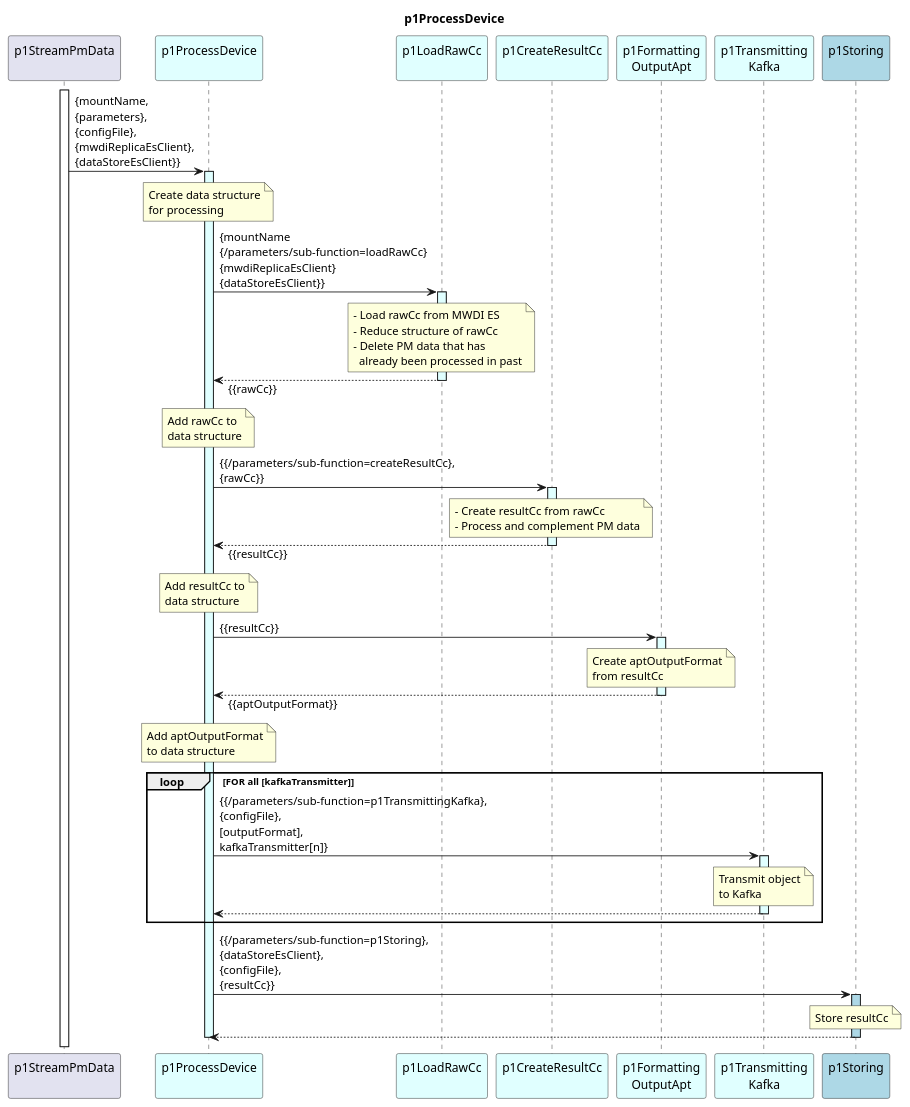
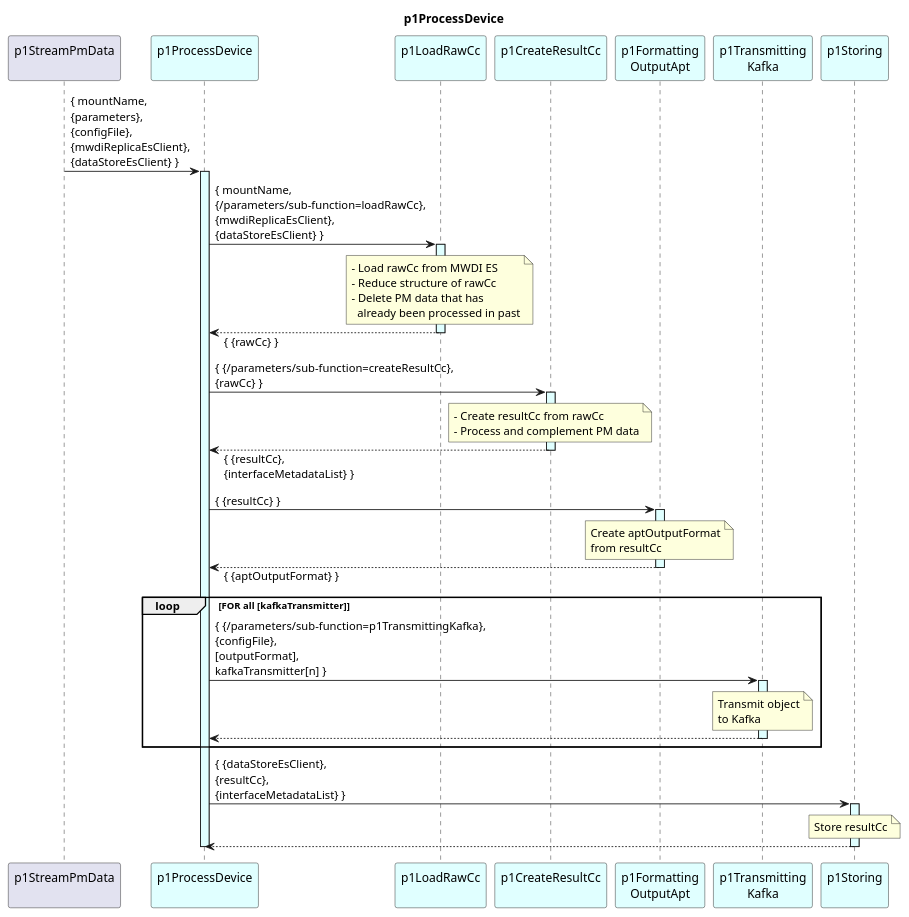
The diagram in spec/Functions/p1StreamPmData/p1ProcessDevice/1.0.0/p1ProcessDevice.plantuml (openBackhaul/DevicePerformanceManagementDataProcessor), drawn with PlantUML before and after one commit. The commit also changed 31 other files, not shown here.

Commit message:
define p1Storing, incl interfaceMetadataList

```diff
--- a/spec/Functions/p1StreamPmData/p1ProcessDevice/1.0.0/p1ProcessDevice.plantuml
+++ b/spec/Functions/p1StreamPmData/p1ProcessDevice/1.0.0/p1ProcessDevice.plantuml
@@ -1,104 +1,82 @@
 @startuml p1ProcessDevice
 skinparam responseMessageBelowArrow true
 
 title
   p1ProcessDevice
 end title
 
 participant "p1StreamPmData\n" as requestor
 participant "p1ProcessDevice\n" as p1ProOrch #LightCyan
 participant "p1LoadRawCc\n" as p1AddRaw #LightCyan
 participant "p1CreateResultCc\n" as p1CRC #LightCyan
 participant "p1Formatting\nOutputApt" as p1Output #LightCyan
 participant "p1Transmitting\nKafka" as p1Trans #LightCyan
-participant "p1Storing\n" as p1Store #LightBlue
+participant "p1Storing\n" as p1Store #LightCyan
 
 
-activate requestor
-
-requestor -> p1ProOrch : {mountName,\n{parameters},\n{configFile},\n{mwdiReplicaEsClient},\n{dataStoreEsClient}}
+requestor -> p1ProOrch : { mountName,\n{parameters},\n{configFile},\n{mwdiReplicaEsClient},\n{dataStoreEsClient} }
 activate p1ProOrch #LightCyan
 
-  note over p1ProOrch
-    Create data structure
-    for processing
-  end note
-
-  p1ProOrch -> p1AddRaw : {mountName\n{/parameters/sub-function=loadRawCc}\n{mwdiReplicaEsClient}\n{dataStoreEsClient}}
+  p1ProOrch -> p1AddRaw : { mountName,\n{/parameters/sub-function=loadRawCc},\n{mwdiReplicaEsClient},\n{dataStoreEsClient} }
   activate p1AddRaw #LightCyan
 
     note over p1AddRaw
       - Load rawCc from MWDI ES
       - Reduce structure of rawCc
       - Delete PM data that has
         already been processed in past
     end note
 
-  p1ProOrch <-- p1AddRaw : {{rawCc}}
+  p1ProOrch <-- p1AddRaw : { {rawCc} }
   deactivate p1AddRaw
 
-  note over p1ProOrch
-    Add rawCc to
-    data structure
-  end note
-
-  p1ProOrch -> p1CRC : {{/parameters/sub-function=createResultCc},\n{rawCc}}
+  p1ProOrch -> p1CRC : { {/parameters/sub-function=createResultCc},\n{rawCc} }
   activate p1CRC #LightCyan
 
     note over p1CRC
       - Create resultCc from rawCc
       - Process and complement PM data
     end note
 
-  p1ProOrch <-- p1CRC : {{resultCc}}
+  p1ProOrch <-- p1CRC :  { {resultCc},\n{interfaceMetadataList} }
   deactivate p1CRC
 
-  note over p1ProOrch
-    Add resultCc to
-    data structure
-  end note
-
-  p1ProOrch -> p1Output : {{resultCc}}
+  p1ProOrch -> p1Output : { {resultCc} }
   activate p1Output #LightCyan
 
     note over p1Output
       Create aptOutputFormat
       from resultCc
     end note
 
-  p1ProOrch <-- p1Output : {{aptOutputFormat}}
+  p1ProOrch <-- p1Output : { {aptOutputFormat} }
   deactivate p1Output
-
-  note over p1ProOrch
-    Add aptOutputFormat
-    to data structure
-  end note
 
   loop FOR all [kafkaTransmitter]
 
-    p1ProOrch -> p1Trans : {{/parameters/sub-function=p1TransmittingKafka},\n{configFile},\n[outputFormat],\nkafkaTransmitter[n]}
+    p1ProOrch -> p1Trans : { {/parameters/sub-function=p1TransmittingKafka},\n{configFile},\n[outputFormat],\nkafkaTransmitter[n] }
     activate p1Trans #LightCyan
 
       note over p1Trans
         Transmit object
         to Kafka
       end note
 
     p1ProOrch <-- p1Trans
     deactivate p1Trans
 
   end loop
 
-  p1ProOrch -> p1Store : {{/parameters/sub-function=p1Storing},\n{dataStoreEsClient},\n{configFile},\n{resultCc}}
-  activate p1Store #LightBlue
+  p1ProOrch -> p1Store : { {dataStoreEsClient},\n{resultCc},\n{interfaceMetadataList} }
+  activate p1Store #LightCyan
 
     note over p1Store
       Store resultCc
     end note
 
   p1ProOrch <-- p1Store
   deactivate p1Store
 
 deactivate p1ProOrch
 
 @enduml
```
